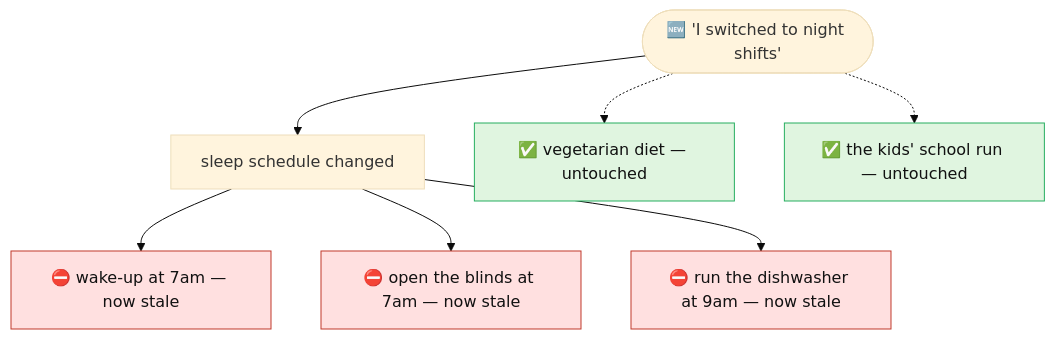
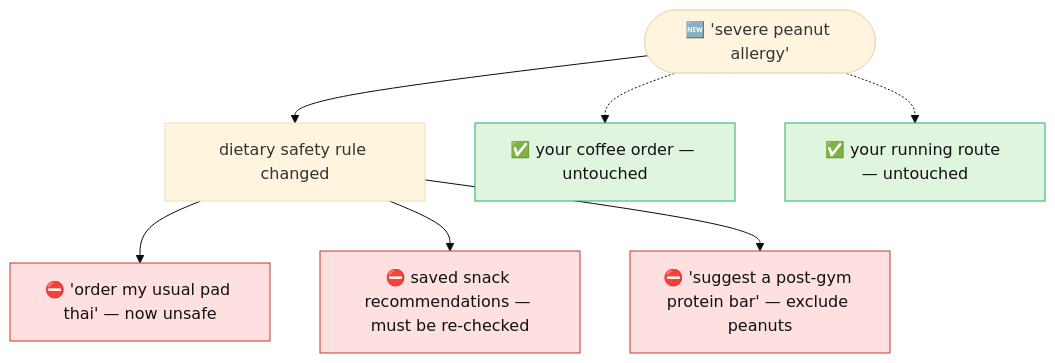
One commit to rdarshan10/GEM changed the diagram in README.md. Above: the diagram before and after it, drawn with Mermaid (base theme). The commit also changed other lines of this file, not shown here.

Commit message:
Docs: more meaningful (health-safety) intro example; convert pitch prose to scannable points

````diff
--- a/README.md
+++ b/README.md
@@ -24,13 +25,13 @@
 ```mermaid
 flowchart TD
-    T(["🆕 'I switched to night shifts'"]) --> S["sleep schedule changed"]
-    S --> R1["⛔ wake-up at 7am — now stale"]
-    S --> R2["⛔ open the blinds at 7am — now stale"]
-    S --> R3["⛔ run the dishwasher at 9am — now stale"]
-    T -.-> U1["✅ vegetarian diet — untouched"]
-    T -.-> U2["✅ the kids' school run — untouched"]
+    T(["🆕 'severe peanut allergy'"]) --> S["dietary safety rule changed"]
+    S --> R1["⛔ 'order my usual pad thai' — now unsafe"]
+    S --> R2["⛔ saved snack recommendations — must be re-checked"]
+    S --> R3["⛔ 'suggest a post-gym protein bar' — exclude peanuts"]
+    T -.-> U1["✅ your coffee order — untouched"]
+    T -.-> U2["✅ your running route — untouched"]
     classDef stale fill:#ffe0e0,stroke:#c0392b,color:#111;
     classDef keep fill:#e0f5e0,stroke:#27ae60,color:#111;
     class R1,R2,R3 stale
     class U1,U2 keep
 ```
````
